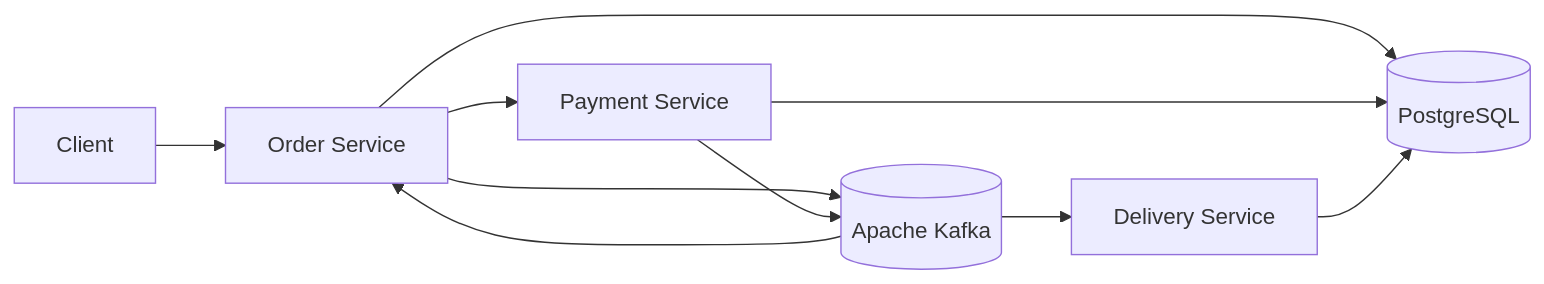
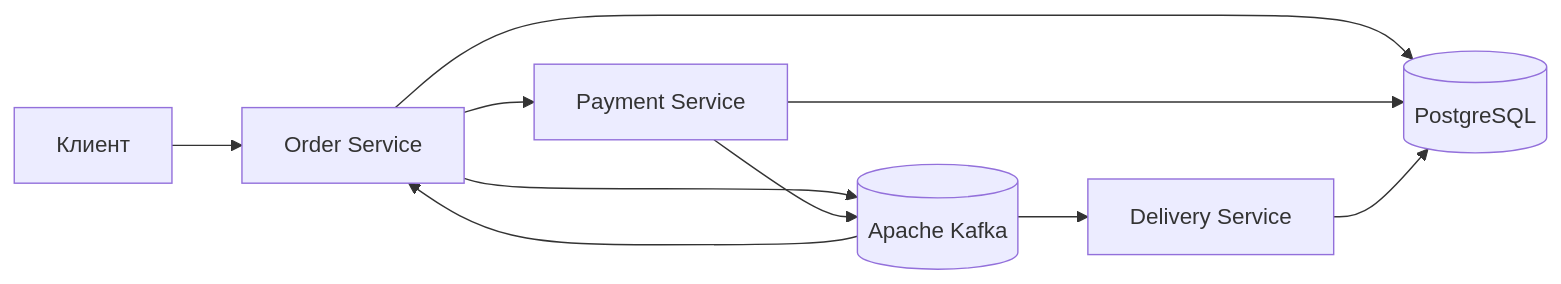
One commit to Dolkisss/Delivery_project changed the diagram in README.md. Above: the diagram before and after it, drawn with Mermaid. The commit also changed other lines of this file, not shown here.

````diff
--- a/README.md
+++ b/README.md
@@ -19,23 +13,23 @@
 ```mermaid
 flowchart LR
-    Client[Client]
+    Client[Клиент]
 
     Order[Order Service]
     Payment[Payment Service]
     Delivery[Delivery Service]
 
     Kafka[(Apache Kafka)]
     PostgreSQL[(PostgreSQL)]
 
     Client --> Order
     Order --> Payment
 
     Order --> Kafka
     Payment --> Kafka
     Kafka --> Delivery
     Kafka --> Order
 
     Order --> PostgreSQL
     Payment --> PostgreSQL
     Delivery --> PostgreSQL
 ```
````
